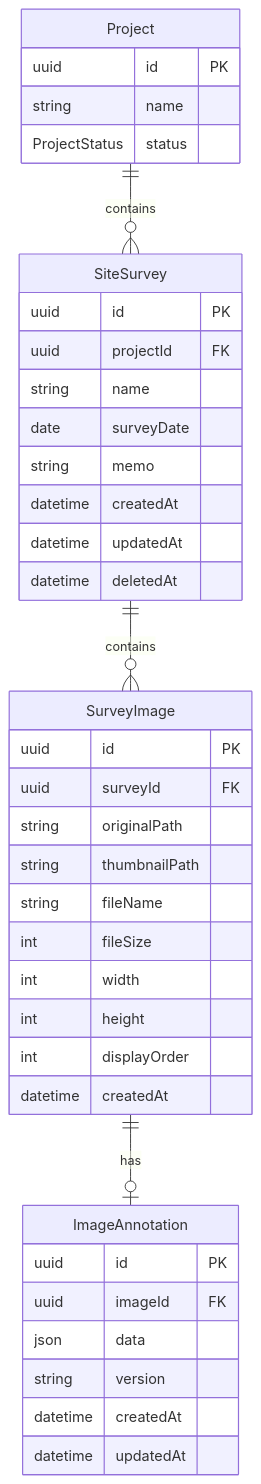
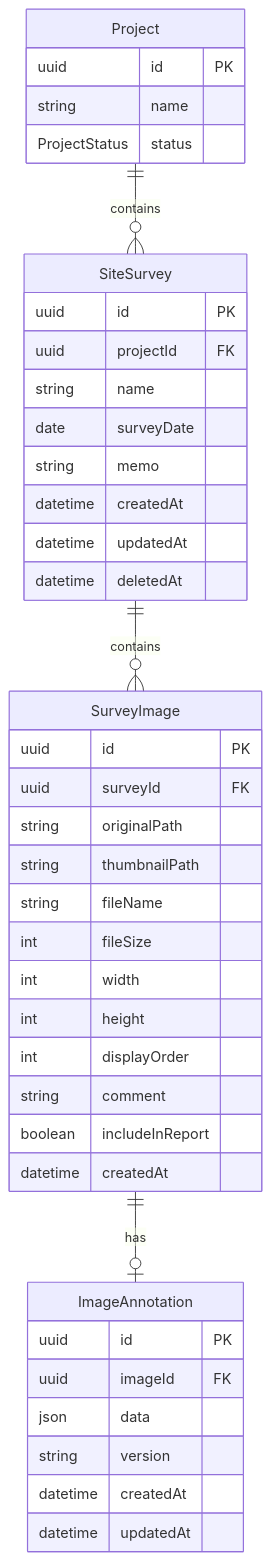
One commit to inakanou/ArchiTrack changed the eighth of 8 diagrams in .kiro/specs/site-survey/design.md. Above: the diagram before and after it, drawn with Mermaid. The commit also changed other lines of this file and 2 other files, not shown here.

First line of the commit message:
docs(spec): add photo management, PDF report, and image export design

````diff
--- a/.kiro/specs/site-survey/design.md
+++ b/.kiro/specs/site-survey/design.md
@@ -939,45 +1403,47 @@
 ```mermaid
 erDiagram
     Project ||--o{ SiteSurvey : contains
     SiteSurvey ||--o{ SurveyImage : contains
     SurveyImage ||--o| ImageAnnotation : has
 
     Project {
         uuid id PK
         string name
         ProjectStatus status
     }
 
     SiteSurvey {
         uuid id PK
         uuid projectId FK
         string name
         date surveyDate
         string memo
         datetime createdAt
         datetime updatedAt
         datetime deletedAt
     }
 
     SurveyImage {
         uuid id PK
         uuid surveyId FK
         string originalPath
         string thumbnailPath
         string fileName
         int fileSize
         int width
         int height
         int displayOrder
+        string comment
+        boolean includeInReport
         datetime createdAt
     }
 
     ImageAnnotation {
         uuid id PK
         uuid imageId FK
         json data
         string version
         datetime createdAt
         datetime updatedAt
     }
 ```
````
